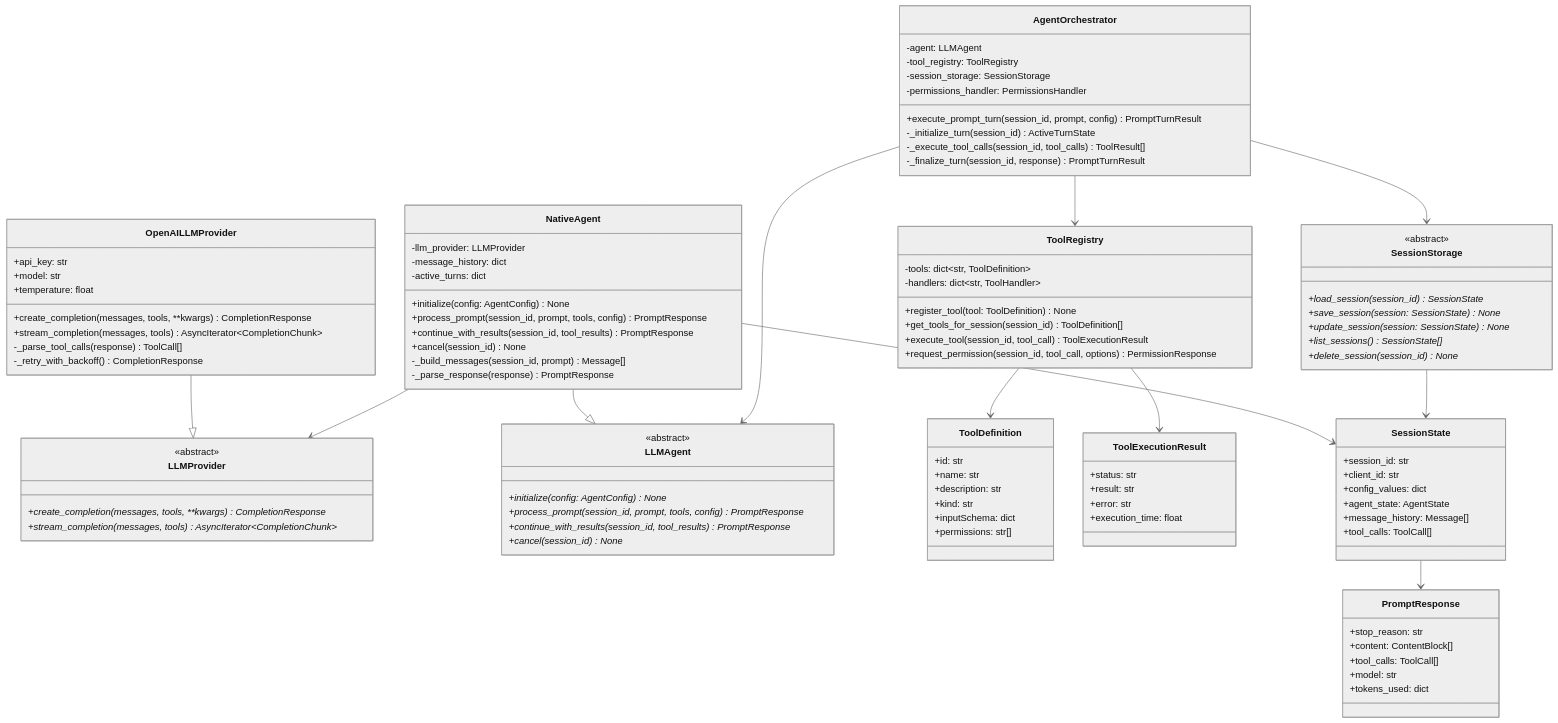
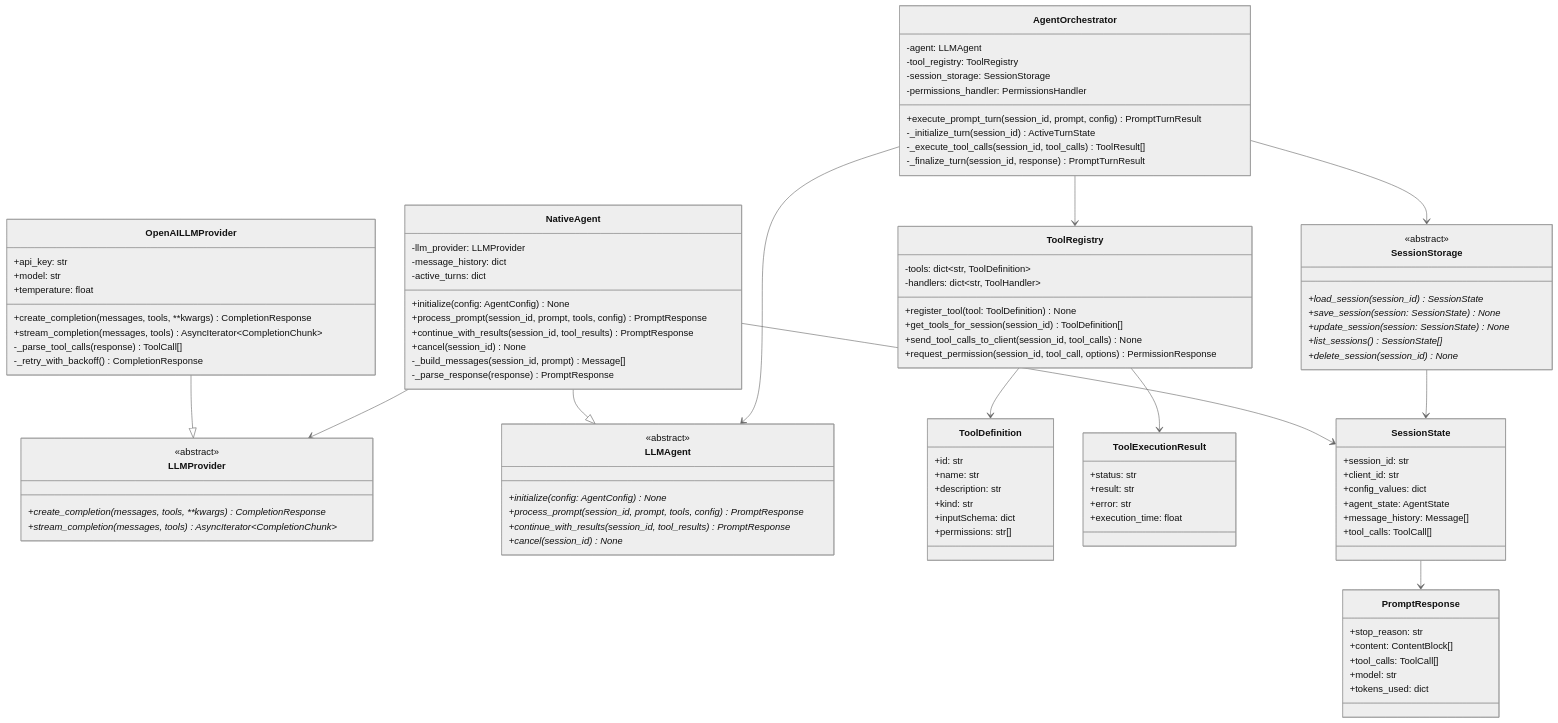
Before and after one commit to pese-git/acp-workspace: the second of 6 diagrams in doc/LLM_AGENT_INTEGRATION_PLAN.md, drawn with Mermaid (neutral theme). The commit also changed other lines of this file and 1 other file, not shown here.

```diff
--- a/doc/LLM_AGENT_INTEGRATION_PLAN.md
+++ b/doc/LLM_AGENT_INTEGRATION_PLAN.md
@@ -303,7 +366,7 @@
         -handlers: dict~str, ToolHandler~
         +register_tool(tool: ToolDefinition) None
         +get_tools_for_session(session_id) ToolDefinition[]
-        +execute_tool(session_id, tool_call) ToolExecutionResult
+        +send_tool_calls_to_client(session_id, tool_calls) None
         +request_permission(session_id, tool_call, options) PermissionResponse
     }
     
```
